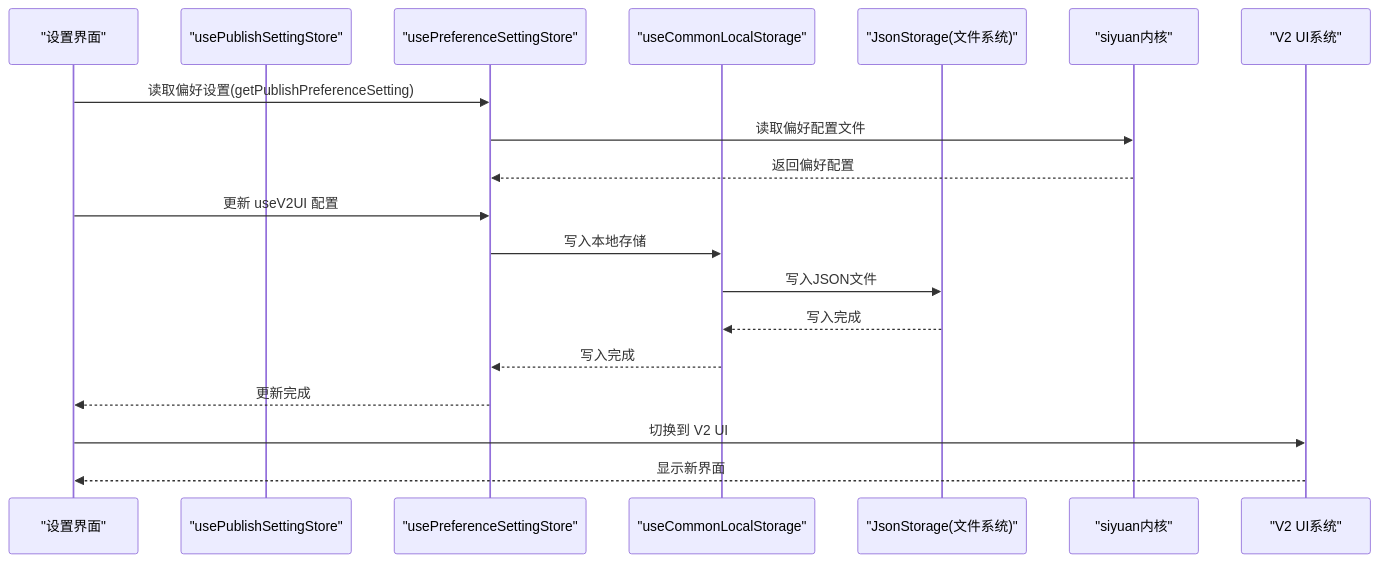
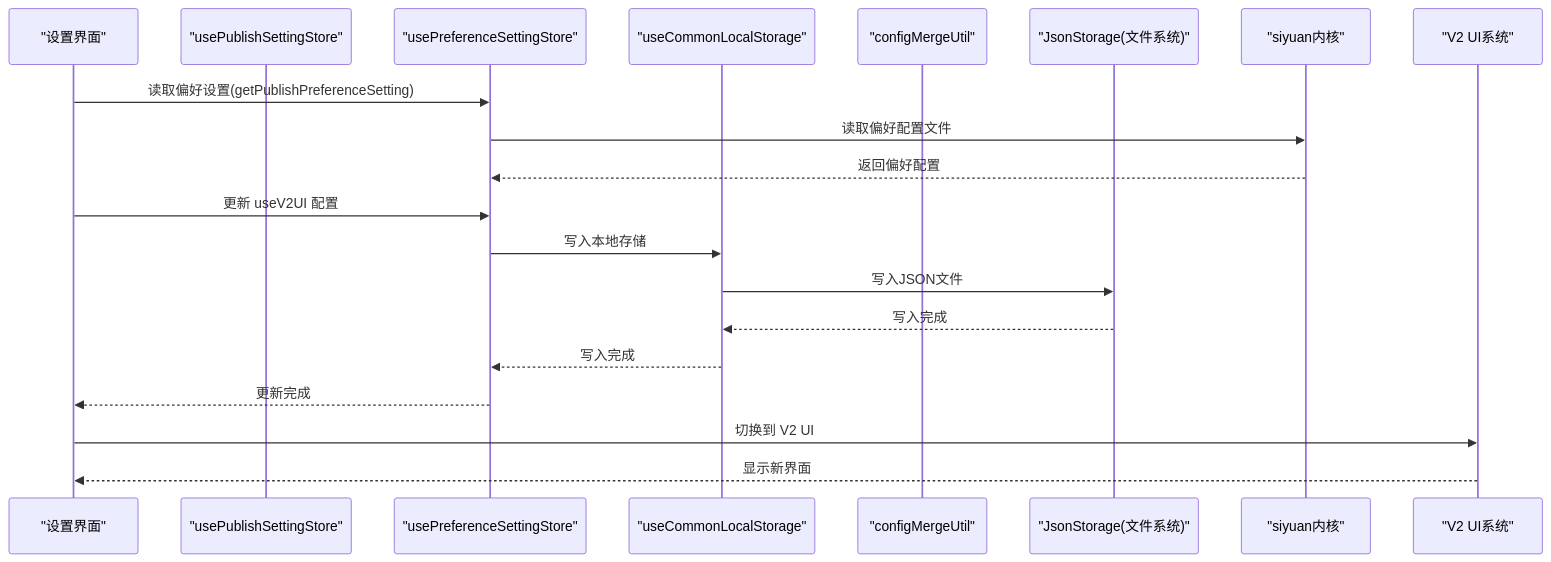
Before and after one commit to terwer/siyuan-plugin-publisher: the second of 6 diagrams in .qoder/repowiki/zh/content/配置管理系统/配置管理系统.md, drawn with Mermaid. The commit also changed other lines of this file and 25 other files, not shown here.

````diff
--- a/.qoder/repowiki/zh/content/配置管理系统/配置管理系统.md
+++ b/.qoder/repowiki/zh/content/配置管理系统/配置管理系统.md
@@ -182,21 +213,22 @@
 ```mermaid
 sequenceDiagram
 participant UI as "设置界面"
 participant Store as "usePublishSettingStore"
 participant PrefStore as "usePreferenceSettingStore"
 participant Adapter as "useCommonLocalStorage"
+participant MergeTool as "configMergeUtil"
 participant FS as "JsonStorage(文件系统)"
 participant Kernel as "siyuan内核"
 participant V2UI as "V2 UI系统"
 UI->>PrefStore : 读取偏好设置(getPublishPreferenceSetting)
 PrefStore->>Kernel : 读取偏好配置文件
 Kernel-->>PrefStore : 返回偏好配置
 UI->>PrefStore : 更新 useV2UI 配置
 PrefStore->>Adapter : 写入本地存储
 Adapter->>FS : 写入JSON文件
 FS-->>Adapter : 写入完成
 Adapter-->>PrefStore : 写入完成
 PrefStore-->>UI : 更新完成
 UI->>V2UI : 切换到 V2 UI
 V2UI-->>UI : 显示新界面
 ```
````
